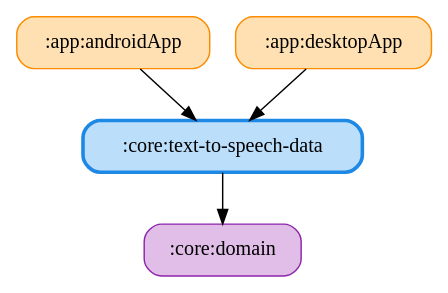
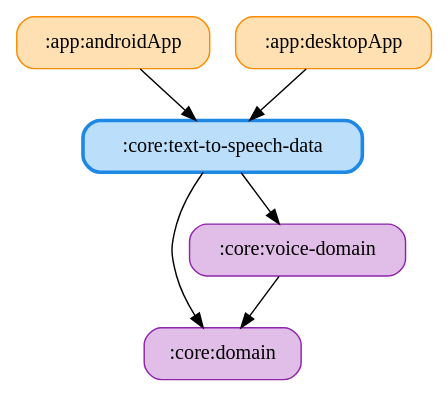
The diagram in docs/graphs/core-text-to-speech-data.gv (ai-kurou/KoDriver), drawn with Graphviz before and after one commit. The commit also changed 58 other files, not shown here.

Commit message:
chore: update module graph images

```diff
--- a/docs/graphs/core-text-to-speech-data.gv
+++ b/docs/graphs/core-text-to-speech-data.gv
@@ -1,11 +1,14 @@
 digraph G {
   rankdir=TB
   node [shape=box, style="rounded,filled"]
   ":app:androidApp" [fillcolor="#FFE0B2", color="#FB8C00", penwidth=1]
   ":app:desktopApp" [fillcolor="#FFE0B2", color="#FB8C00", penwidth=1]
   ":core:domain" [fillcolor="#E1BEE7", color="#8E24AA", penwidth=1]
   ":core:text-to-speech-data" [fillcolor="#BBDEFB", color="#1E88E5", penwidth=2.5]
+  ":core:voice-domain" [fillcolor="#E1BEE7", color="#8E24AA", penwidth=1]
   ":app:androidApp" -> ":core:text-to-speech-data"
   ":app:desktopApp" -> ":core:text-to-speech-data"
   ":core:text-to-speech-data" -> ":core:domain"
+  ":core:text-to-speech-data" -> ":core:voice-domain"
+  ":core:voice-domain" -> ":core:domain"
 }
```
